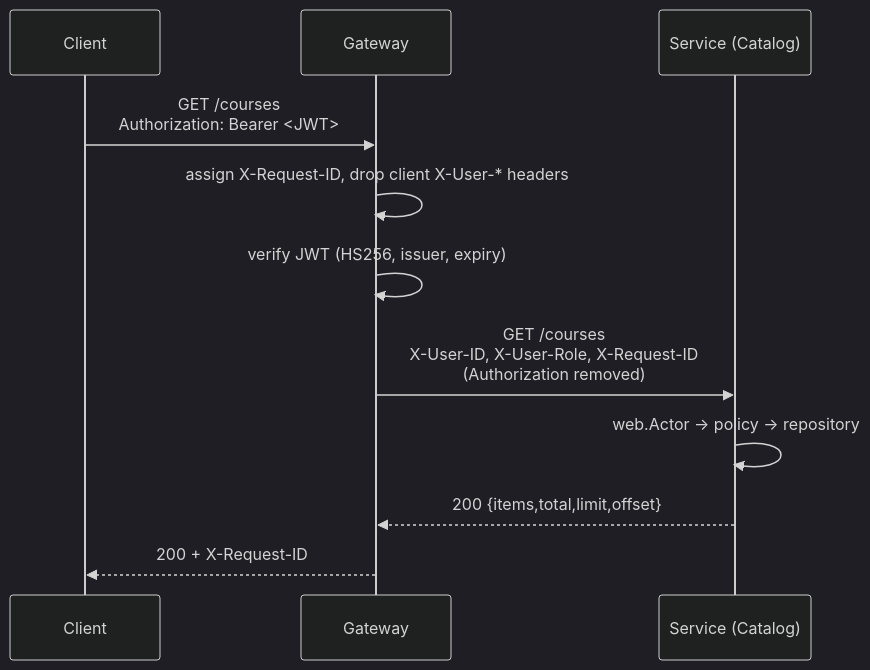
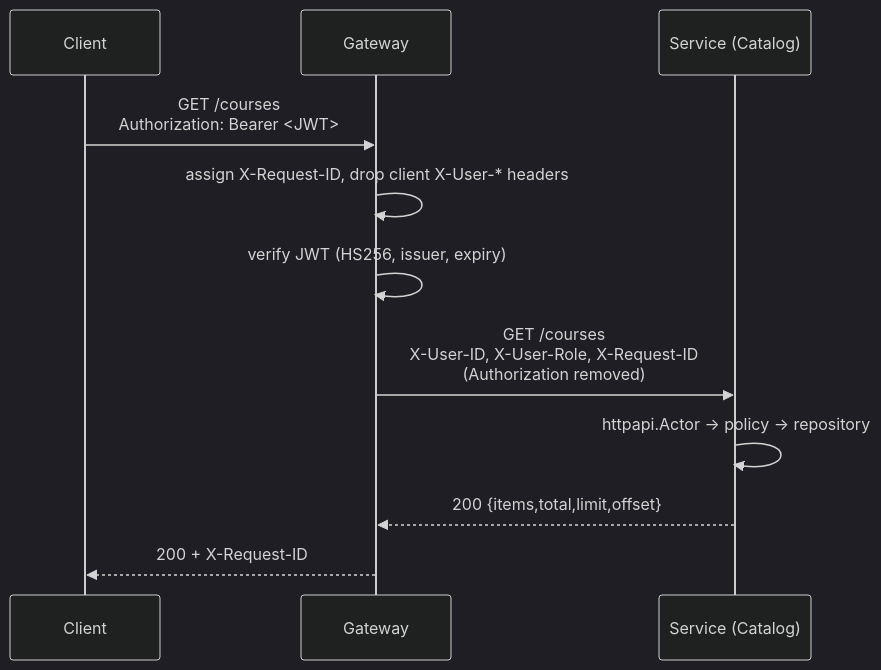
The second of 3 diagrams in docs/design.md (all2pie/SmartCourse), drawn with Mermaid (dark theme) before and after one commit. The commit also changed other lines of this file and 23 other files, not shown here.

````diff
--- a/docs/design.md
+++ b/docs/design.md
@@ -67,13 +69,13 @@
 ```mermaid
 sequenceDiagram
     participant C as Client
     participant G as Gateway
     participant S as Service (Catalog)
     C->>G: GET /courses<br/>Authorization: Bearer <JWT>
     G->>G: assign X-Request-ID, drop client X-User-* headers
     G->>G: verify JWT (HS256, issuer, expiry)
     G->>S: GET /courses<br/>X-User-ID, X-User-Role, X-Request-ID<br/>(Authorization removed)
-    S->>S: web.Actor → policy → repository
+    S->>S: httpapi.Actor → policy → repository
     S-->>G: 200 {items,total,limit,offset}
     G-->>C: 200 + X-Request-ID
 ```
````
